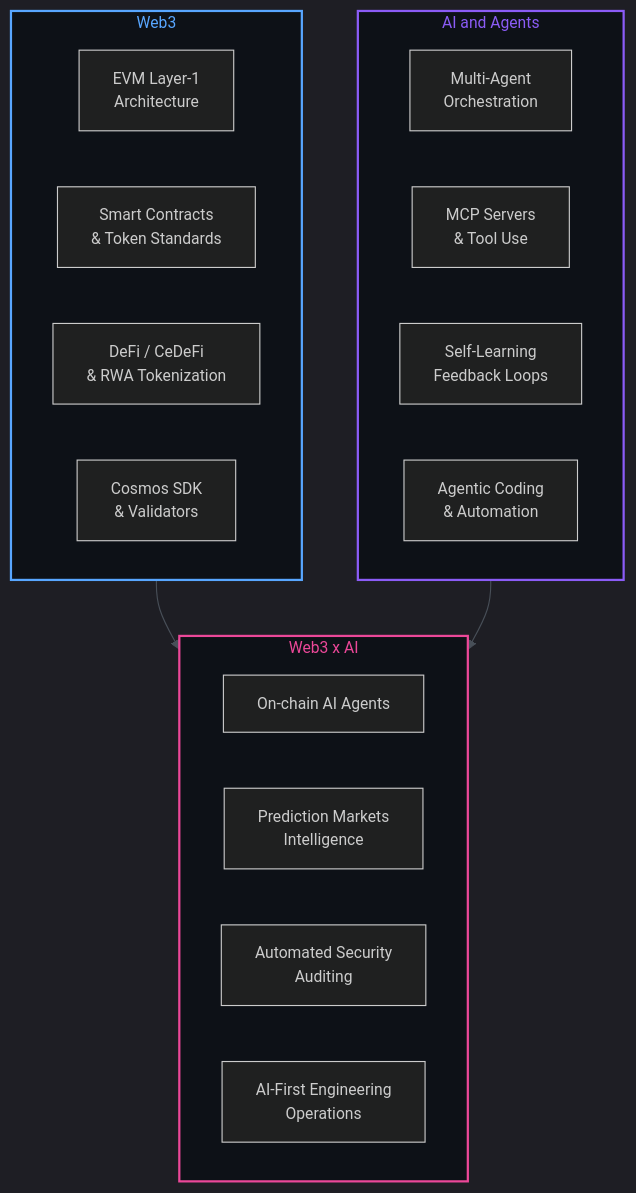
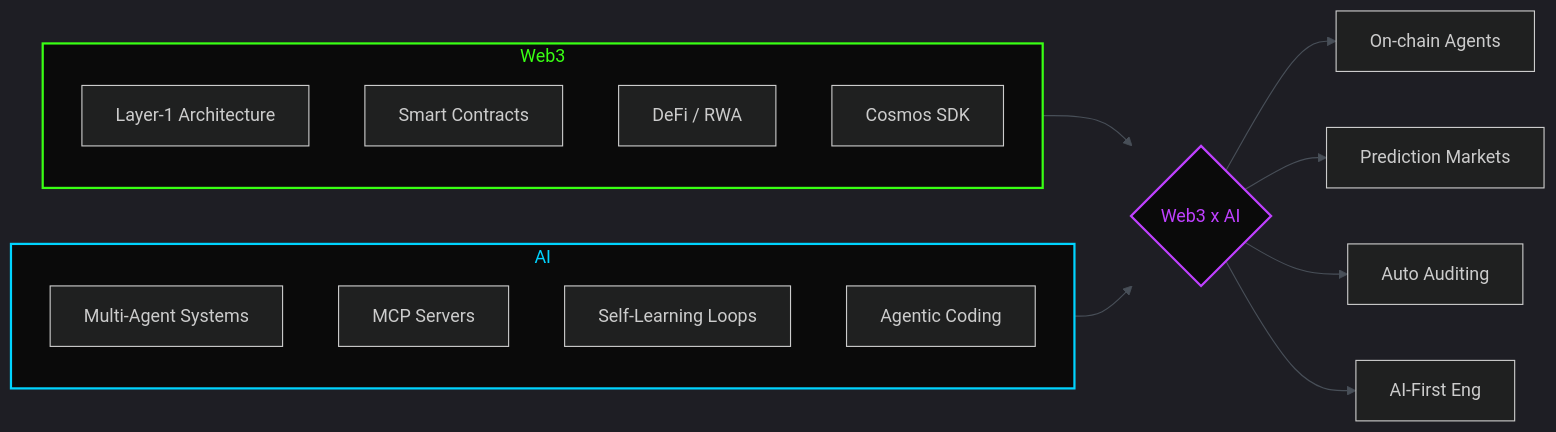
One commit to Aboudjem/aboudjem changed the diagram in README.md. Above: the diagram before and after it, drawn with Mermaid. The commit also changed other lines of this file, not shown here.

First line of the commit message:
Simplify + neon theme: cleaner layout, stronger visual identity

````diff
--- a/README.md
+++ b/README.md
@@ -300,31 +177,29 @@
 ```mermaid
-%%{init: {'theme': 'dark', 'themeVariables': { 'primaryColor': '#1f6feb', 'primaryTextColor': '#fff', 'primaryBorderColor': '#30363d', 'lineColor': '#484f58', 'secondaryColor': '#238636', 'tertiaryColor': '#8b5cf6', 'fontFamily': 'system-ui, sans-serif', 'fontSize': '14px'}}}%%
-graph TB
+%%{init: {'theme': 'dark', 'themeVariables': { 'primaryColor': '#0a0a0a', 'primaryTextColor': '#39FF14', 'primaryBorderColor': '#39FF14', 'lineColor': '#484f58', 'secondaryColor': '#0a0a0a', 'tertiaryColor': '#0a0a0a', 'fontFamily': 'system-ui, sans-serif'}}}%%
+graph LR
     subgraph Web3["Web3"]
-        W1[EVM Layer-1<br/>Architecture]
-        W2[Smart Contracts<br/>& Token Standards]
-        W3[DeFi / CeDeFi<br/>& RWA Tokenization]
-        W4[Cosmos SDK<br/>& Validators]
+        W1[Layer-1 Architecture]
+        W2[Smart Contracts]
+        W3[DeFi / RWA]
+        W4[Cosmos SDK]
     end
 
-    subgraph AI["AI and Agents"]
-        A1[Multi-Agent<br/>Orchestration]
-        A2[MCP Servers<br/>& Tool Use]
-        A3[Self-Learning<br/>Feedback Loops]
-        A4[Agentic Coding<br/>& Automation]
+    subgraph AI["AI"]
+        A1[Multi-Agent Systems]
+        A2[MCP Servers]
+        A3[Self-Learning Loops]
+        A4[Agentic Coding]
     end
 
-    subgraph Convergence["Web3 x AI"]
-        C1[On-chain AI Agents]
-        C2[Prediction Markets<br/>Intelligence]
-        C3[Automated Security<br/>Auditing]
-        C4[AI-First Engineering<br/>Operations]
-    end
+    Web3 --> C{Web3 x AI}
+    AI --> C
 
-    Web3 --> Convergence
-    AI --> Convergence
+    C --> D1[On-chain Agents]
+    C --> D2[Prediction Markets]
+    C --> D3[Auto Auditing]
+    C --> D4[AI-First Eng]
 
-    style Web3 fill:#0d1117,stroke:#58a6ff,stroke-width:2px,color:#58a6ff
-    style AI fill:#0d1117,stroke:#8b5cf6,stroke-width:2px,color:#8b5cf6
-    style Convergence fill:#0d1117,stroke:#ec4899,stroke-width:2px,color:#ec4899
+    style Web3 fill:#0a0a0a,stroke:#39FF14,stroke-width:2px,color:#39FF14
+    style AI fill:#0a0a0a,stroke:#00D4FF,stroke-width:2px,color:#00D4FF
+    style C fill:#0a0a0a,stroke:#BF40FF,stroke-width:2px,color:#BF40FF
 ```
````
